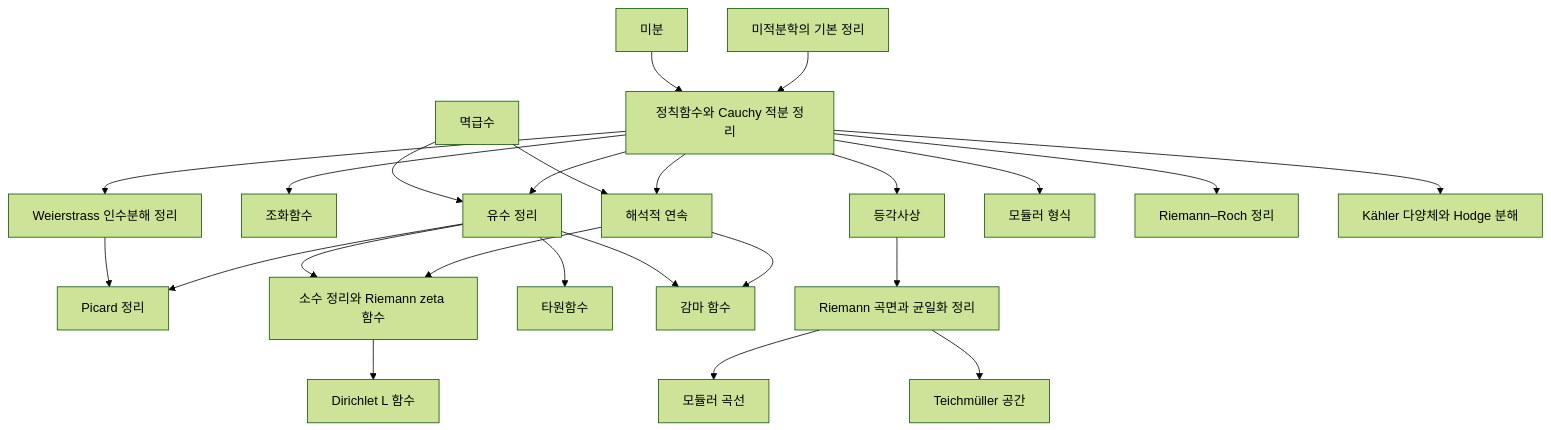
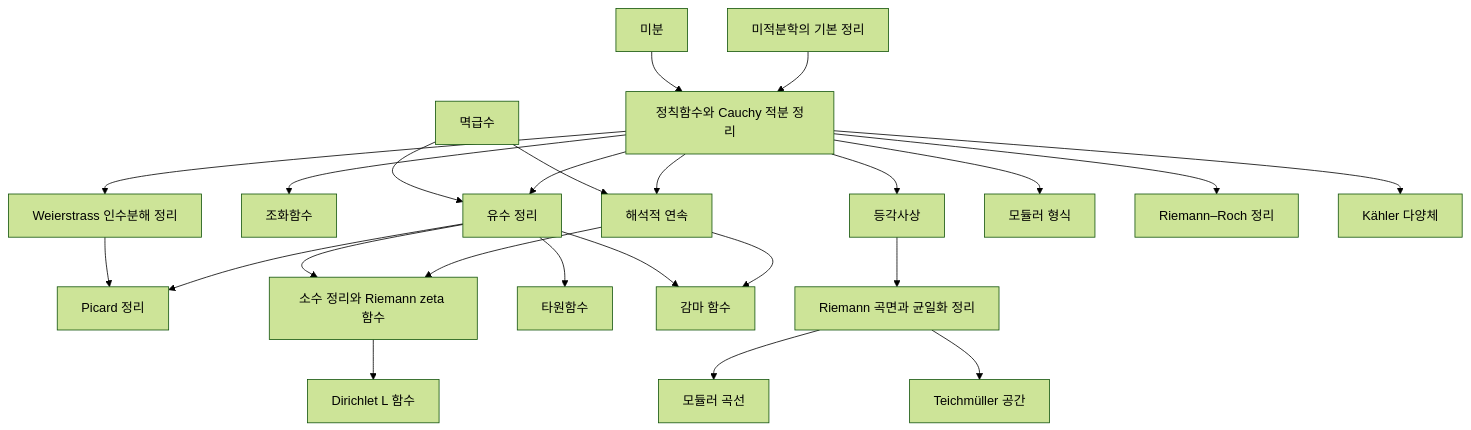
Before and after one commit to Phryxia/math-map: the diagram in docs/complex-analysis-overview.md, drawn with Mermaid (forest theme). The commit also changed other lines of this file and 31 other files, not shown here.

````diff
--- a/docs/complex-analysis-overview.md
+++ b/docs/complex-analysis-overview.md
@@ -13,26 +13,26 @@
 ```mermaid
 graph TD
   DV["미분"] --> HF["정칙함수와 Cauchy 적분 정리"]
   FC["미적분학의 기본 정리"] --> HF
   PS["멱급수"] --> RT["유수 정리"]
   HF --> RT
   HF --> HM["조화함수"]
   PS --> AC["해석적 연속"]
   HF --> AC
   HF --> CM["등각사상"]
   HF --> WF["Weierstrass 인수분해 정리"]
   WF --> PC["Picard 정리"]
   RT --> PC
   CM --> RS["Riemann 곡면과 균일화 정리"]
   RS --> MC["모듈러 곡선"]
   RS --> TS["Teichmüller 공간"]
   RT --> EF["타원함수"]
   RT --> GF["감마 함수"]
   AC --> GF
   RT --> PNT["소수 정리와 Riemann zeta 함수"]
   AC --> PNT
   PNT --> DL["Dirichlet L 함수"]
   HF --> MF["모듈러 형식"]
   HF --> RR["Riemann–Roch 정리"]
-  HF --> KM["Kähler 다양체와 Hodge 분해"]
+  HF --> KM["Kähler 다양체"]
 ```
````
